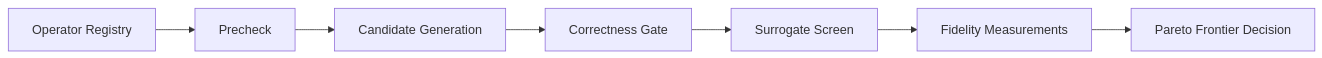
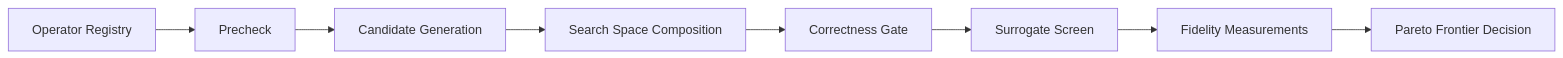
The diagram in docs/TRANSFORMATIONS.md (sa4s-serc/JOULE), drawn with Mermaid before and after one commit. The commit also changed other lines of this file and 4 other files, not shown here.

````diff
--- a/docs/TRANSFORMATIONS.md
+++ b/docs/TRANSFORMATIONS.md
@@ -14,9 +14,10 @@
 ```mermaid
 flowchart LR
     REG[Operator Registry] --> PRE[Precheck]
     PRE --> GEN[Candidate Generation]
-    GEN --> COR[Correctness Gate]
+    GEN --> COMP[Search Space Composition]
+    COMP --> COR[Correctness Gate]
     COR --> SUR[Surrogate Screen]
     SUR --> MEAS[Fidelity Measurements]
     MEAS --> FRONT[Pareto Frontier Decision]
 ```
````
